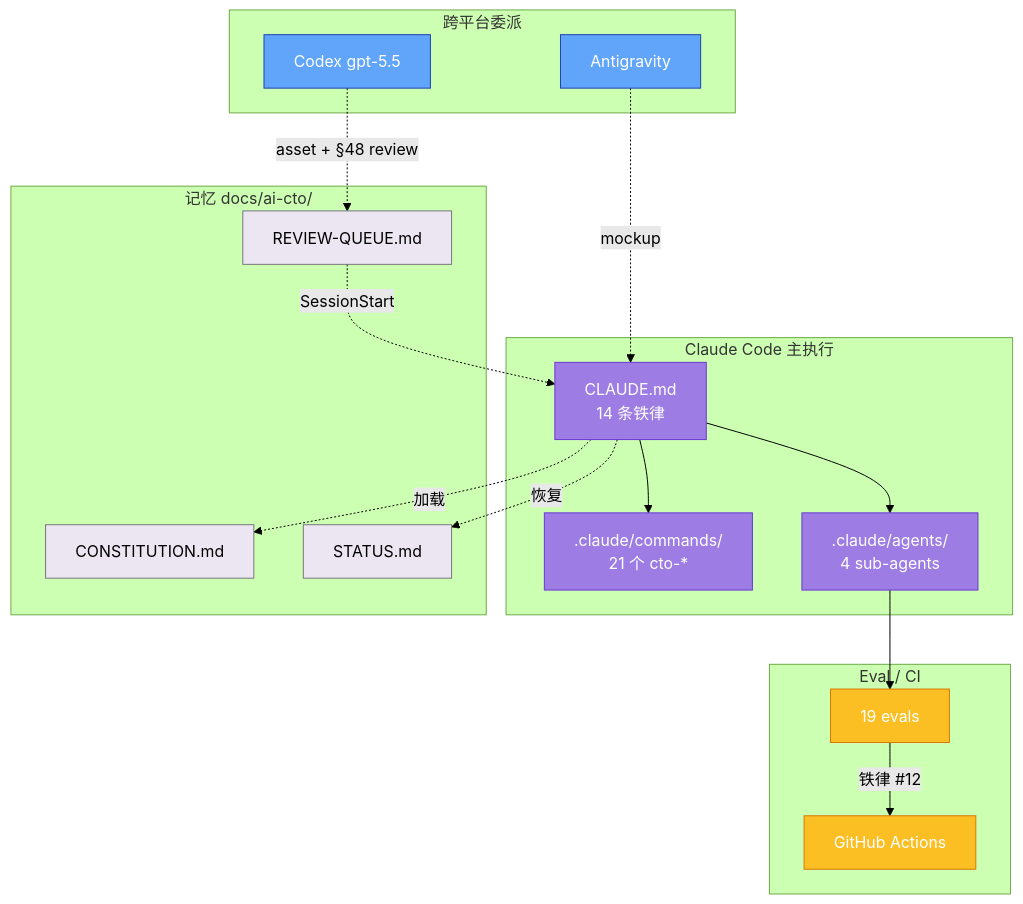
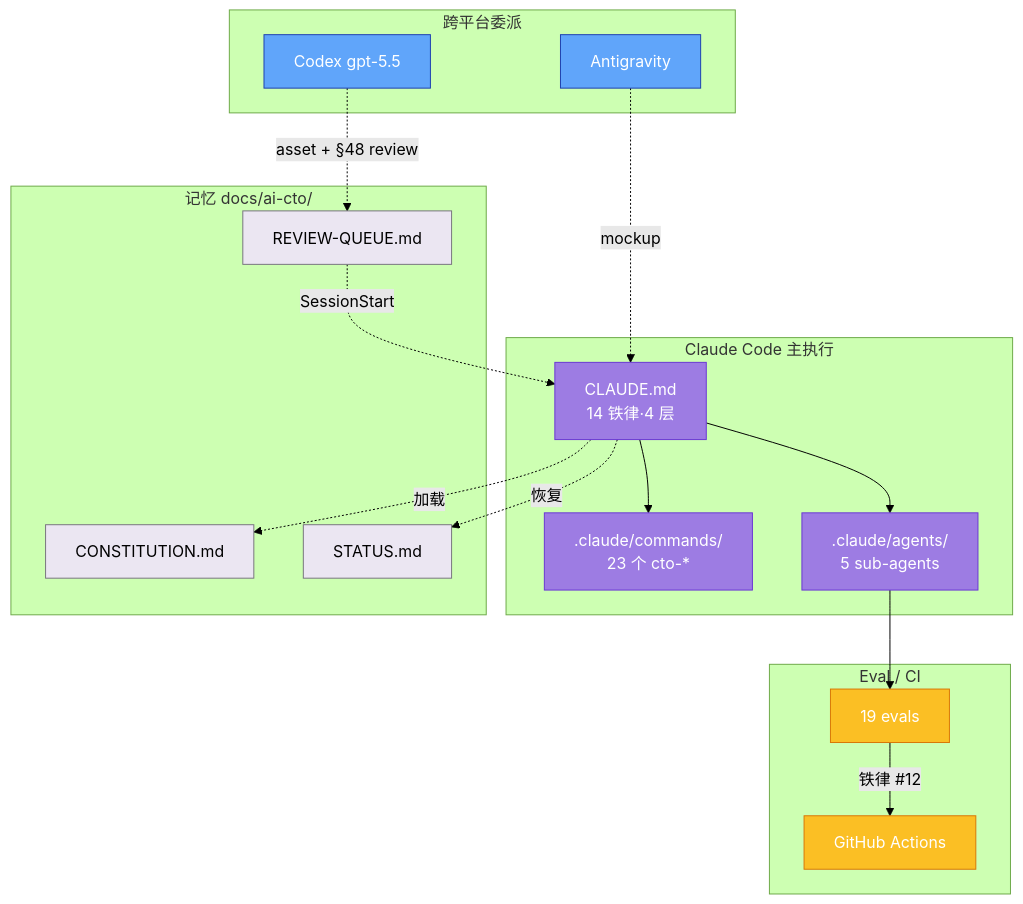
Before and after one commit to cantascendia/ai-playbook: the diagram in README.md, drawn with Mermaid (forest theme). The commit also changed other lines of this file and 3 other files, not shown here.

````diff
--- a/README.md
+++ b/README.md
@@ -113,43 +113,43 @@
 ```mermaid
 graph TB
     subgraph "Claude Code 主执行"
-        CL[CLAUDE.md<br/>14 条铁律]
-        CMD[.claude/commands/<br/>21 个 cto-*]
-        AGT[.claude/agents/<br/>4 sub-agents]
+        CL[CLAUDE.md<br/>14 铁律·4 层]
+        CMD[.claude/commands/<br/>23 个 cto-*]
+        AGT[.claude/agents/<br/>5 sub-agents]
     end
 
     subgraph "记忆 docs/ai-cto/"
         CON[CONSTITUTION.md]
         STA[STATUS.md]
         REV[REVIEW-QUEUE.md]
     end
 
     subgraph "Eval / CI"
         EVL[19 evals]
         GHA[GitHub Actions]
     end
 
     subgraph "跨平台委派"
         AG[Antigravity]
         CDX[Codex gpt-5.5]
     end
 
     CL --> CMD
     CL --> AGT
     AGT --> EVL
     EVL -->|铁律 #12| GHA
     CL -.->|加载| CON
     CL -.->|恢复| STA
     AG -.->|mockup| CL
     CDX -.->|asset + §48 review| REV
     REV -.->|SessionStart| CL
 
     classDef claude fill:#9d7ce3,stroke:#6a37d4,color:#fff
     classDef memory fill:#ebe6f2,stroke:#78757e
     classDef eval fill:#fbbf24,stroke:#d97706,color:#fff
     classDef external fill:#60a5fa,stroke:#1e40af,color:#fff
     class CL,CMD,AGT claude
     class CON,STA,REV memory
     class EVL,GHA eval
     class AG,CDX external
 ```
````
